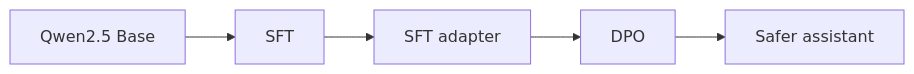
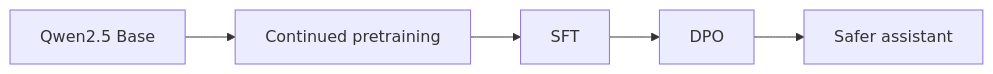
The second of 2 diagrams in README.md (QuangVoAI/medical-llm-medication-safety-vi), drawn with Mermaid before and after one commit. The commit also changed other lines of this file and 1 other file, not shown here.

````diff
--- a/README.md
+++ b/README.md
@@ -35,7 +35,7 @@
 ```mermaid
 flowchart LR
-    A["Qwen2.5 Base"] --> B["SFT"]
-    B --> C["SFT adapter"]
+    A["Qwen2.5 Base"] --> B["Continued pretraining"]
+    B --> C["SFT"]
     C --> D["DPO"]
     D --> E["Safer assistant"]
 ```
````
